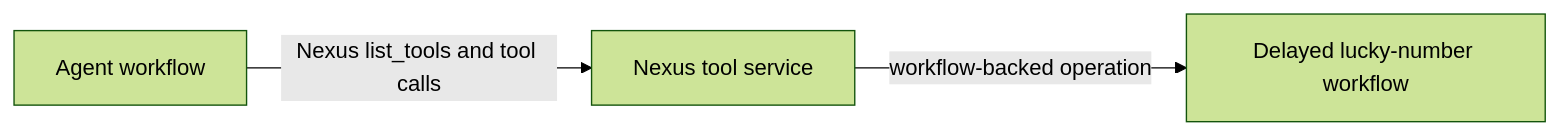
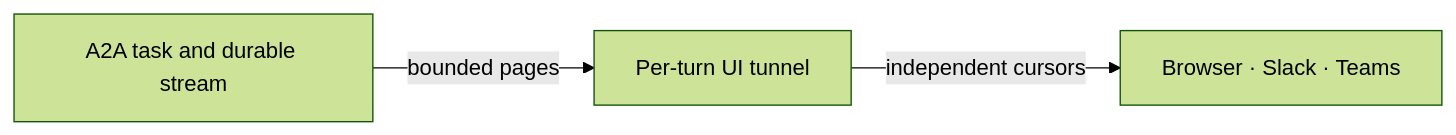
Before and after one commit to temporal-community/temporal-agent-harness: the third of 8 diagrams in examples/nexus_hello/README.md, drawn with Mermaid (forest theme). The commit also changed other lines of this file and 5 other files, not shown here.

````diff
--- a/examples/nexus_hello/README.md
+++ b/examples/nexus_hello/README.md
@@ -122,9 +115,5 @@
 ```mermaid
 flowchart LR
-    agent[Agent workflow]
-    service[Nexus tool service]
-    delayed[Delayed lucky-number workflow]
-
-    agent -->|Nexus list_tools and tool calls| service
-    service -->|workflow-backed operation| delayed
+    Agent[A2A task and durable stream] -->|bounded pages| Tunnel[Per-turn UI tunnel]
+    Tunnel -->|independent cursors| Drivers[Browser · Slack · Teams]
 ```
````
